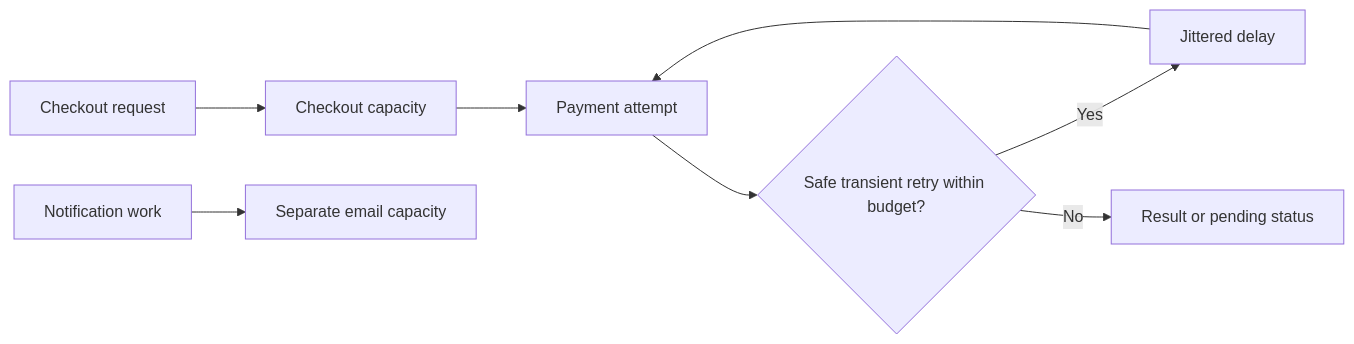
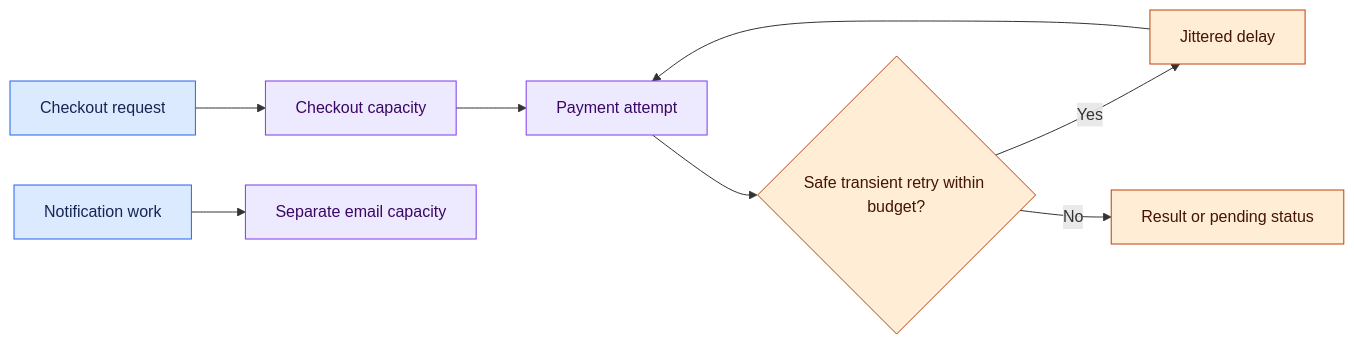
One commit to Shaktiprasadram22/system-design-26-week-roadmap changed the second of 5 diagrams in chapters/03-reliability-security-and-lld.md. Above: the diagram before and after it, drawn with Mermaid. The commit also changed other lines of this file and 21 other files, not shown here.

````diff
--- a/chapters/03-reliability-security-and-lld.md
+++ b/chapters/03-reliability-security-and-lld.md
@@ -83,10 +96,18 @@
 ```mermaid
 flowchart LR
     A[Checkout request] --> B[Checkout capacity]
     B --> C[Payment attempt]
     C --> D{"Safe transient retry within budget?"}
     D -->|Yes| E[Jittered delay]
     E --> C
     D -->|No| F[Result or pending status]
     G[Notification work] --> H[Separate email capacity]
+
+    classDef input fill:#dbeafe,stroke:#2563eb,color:#172554;
+    classDef service fill:#ede9fe,stroke:#7c3aed,color:#3b0764;
+    classDef data fill:#ccfbf1,stroke:#0f766e,color:#134e4a;
+    classDef edge fill:#ffedd5,stroke:#c2410c,color:#431407;
+    class A,G input;
+    class B,C,H service;
+    class D,E,F edge;
 ```
````
